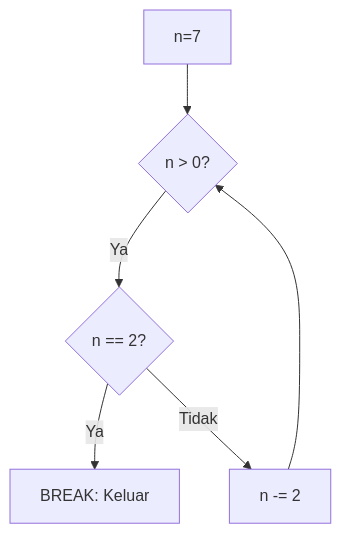
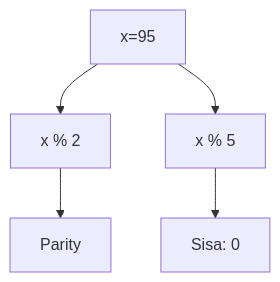
The ninth of 25 diagrams in part-c-pemahaman-cpp/03-perulangan/latihan/set-06.md (amnahwaida/OSNK_INF_PREP), drawn with Mermaid before and after one commit. The commit also changed other lines of this file and 71 other files, not shown here.

````diff
--- a/part-c-pemahaman-cpp/03-perulangan/latihan/set-06.md
+++ b/part-c-pemahaman-cpp/03-perulangan/latihan/set-06.md
@@ -310,8 +261,7 @@
 ```mermaid
 graph TD
-    A[n=7] --> B{n > 0?}
-    B -- Ya --> C{n == 2?}
-    C -- Ya --> D[BREAK: Keluar]
-    C -- Tidak --> E[n -= 2]
-    E --> B
+A[x=95] --> B[x % 2]
+B --> C[Parity]
+A --> D[x % 5]
+D --> E[Sisa: 0]
 ```
````
